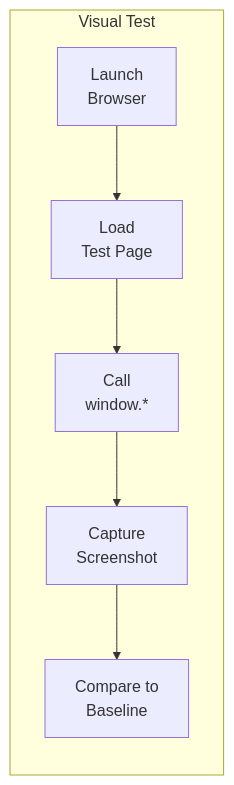
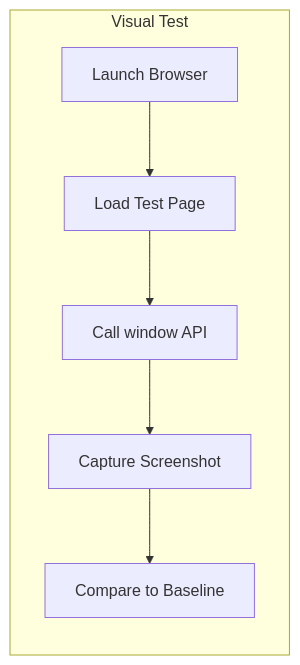
The second of 8 diagrams in docs/TESTING-STRATEGY.md (mtomcal/stick-rumble), drawn with Mermaid before and after one commit. The commit also changed other lines of this file and 2 other files, not shown here.

First line of the commit message:
docs: Fix Mermaid diagrams for GitHub rendering

````diff
--- a/docs/TESTING-STRATEGY.md
+++ b/docs/TESTING-STRATEGY.md
@@ -129,12 +129,12 @@
 ```mermaid
 flowchart LR
     subgraph Test["Visual Test"]
-        Launch["Launch\nBrowser"]
-        Navigate["Load\nTest Page"]
-        Interact["Call\nwindow.*"]
-        Screenshot["Capture\nScreenshot"]
-        Compare["Compare to\nBaseline"]
+        Launch["Launch Browser"]
+        Navigate["Load Test Page"]
+        Interact["Call window API"]
+        Screenshot["Capture Screenshot"]
+        Compare["Compare to Baseline"]
     end
 
     Launch --> Navigate --> Interact --> Screenshot --> Compare
 ```
````
